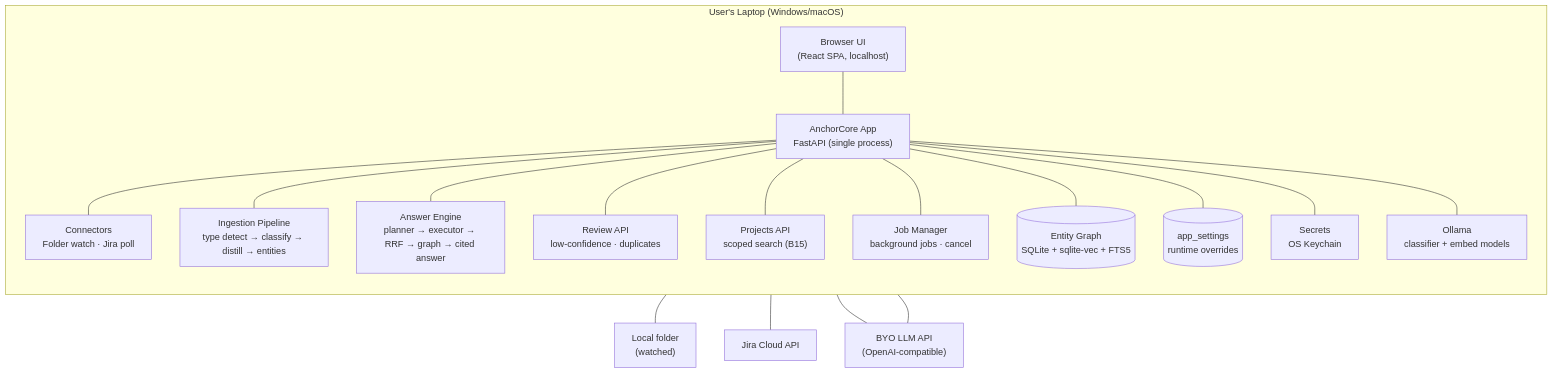
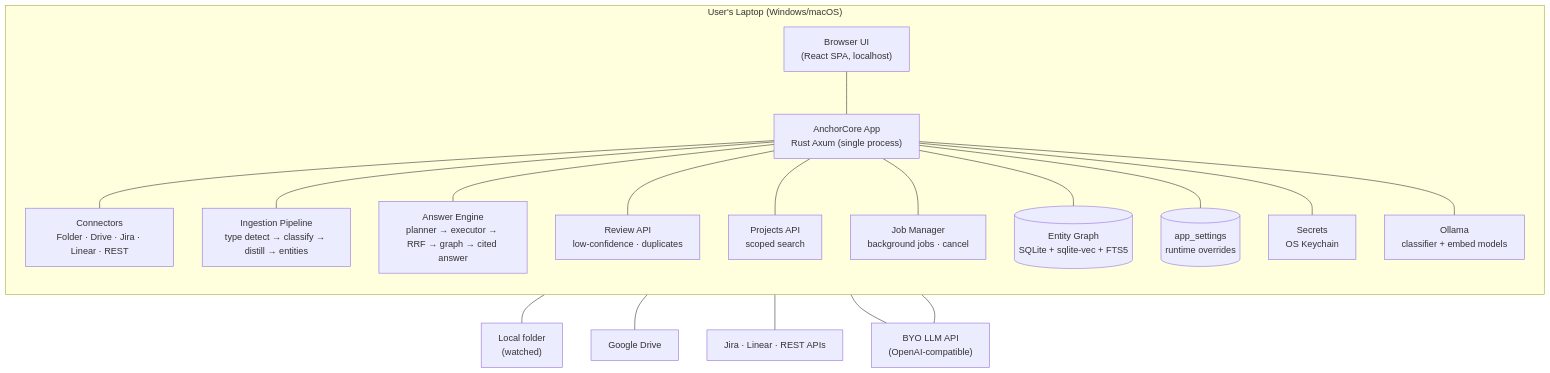
One commit to Atsirkunov/anchorcore changed the first of 4 diagrams in docs/architecture.md. Above: the diagram before and after it, drawn with Mermaid. The commit also changed other lines of this file and 29 other files, not shown here.

````diff
--- a/docs/architecture.md
+++ b/docs/architecture.md
@@ -13,32 +21,34 @@
 ```mermaid
 flowchart TB
     subgraph laptop["User's Laptop (Windows/macOS)"]
         direction TB
         browser["Browser UI<br/>(React SPA, localhost)"]
-        api["AnchorCore App<br/>FastAPI (single process)"]
-        api --- connectors["Connectors<br/>Folder watch · Jira poll"]
+        api["AnchorCore App<br/>Rust Axum (single process)"]
+        api --- connectors["Connectors<br/>Folder · Drive · Jira · Linear · REST"]
         api --- pipeline["Ingestion Pipeline<br/>type detect → classify → distill → entities"]
         api --- rag["Answer Engine<br/>planner → executor → RRF → graph → cited answer"]
         api --- review["Review API<br/>low-confidence · duplicates"]
-        api --- projects["Projects API<br/>scoped search (B15)"]
+        api --- projects["Projects API<br/>scoped search"]
         api --- jobs["Job Manager<br/>background jobs · cancel"]
         db[("Entity Graph<br/>SQLite + sqlite-vec + FTS5")]
         settings[("app_settings<br/>runtime overrides")]
         secrets["Secrets<br/>OS Keychain"]
         api --- db
         api --- settings
         api --- secrets
         browser --- api
         ollama["Ollama<br/>classifier + embed models"]
         api --- ollama
     end
 
-    jira["Jira Cloud API"]
+    tickets["Jira · Linear · REST APIs"]
+    drive["Google Drive"]
     folder["Local folder<br/>(watched)"]
     cloud["BYO LLM API<br/>(OpenAI-compatible)"]
 
     connectors --- folder
-    connectors --- jira
+    connectors --- drive
+    connectors --- tickets
     pipeline --- cloud
     rag --- cloud
 ```
````
